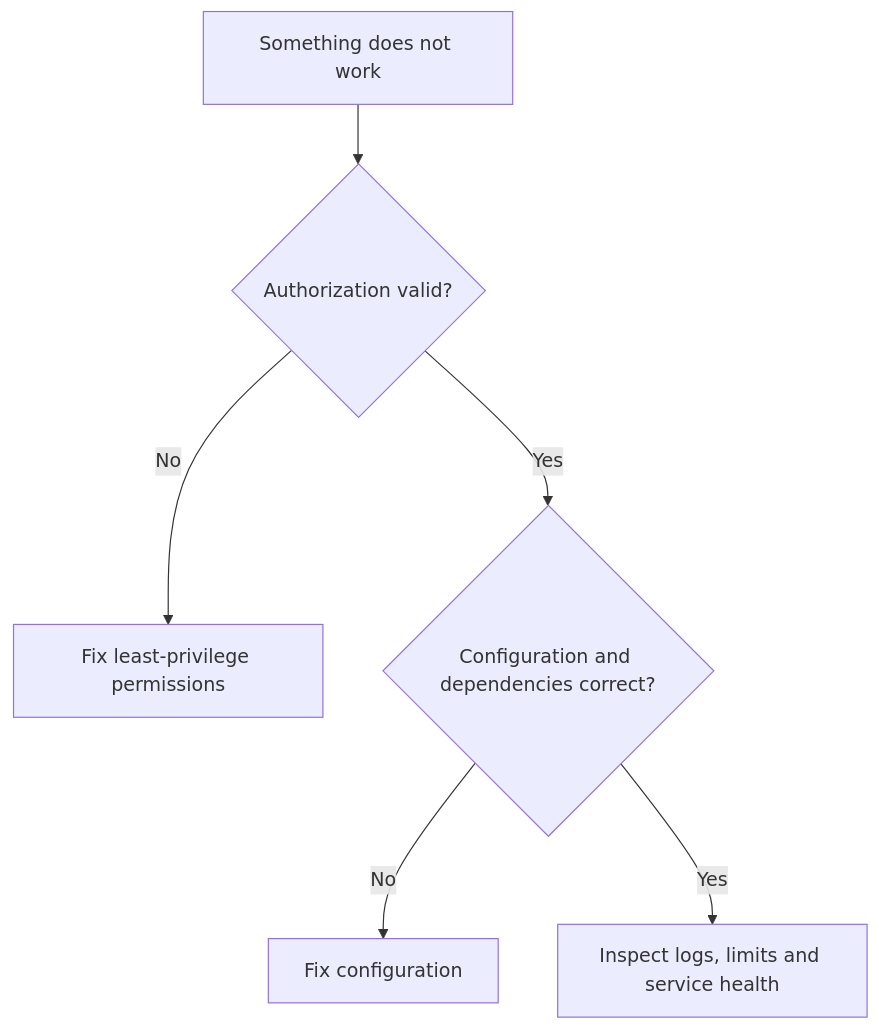
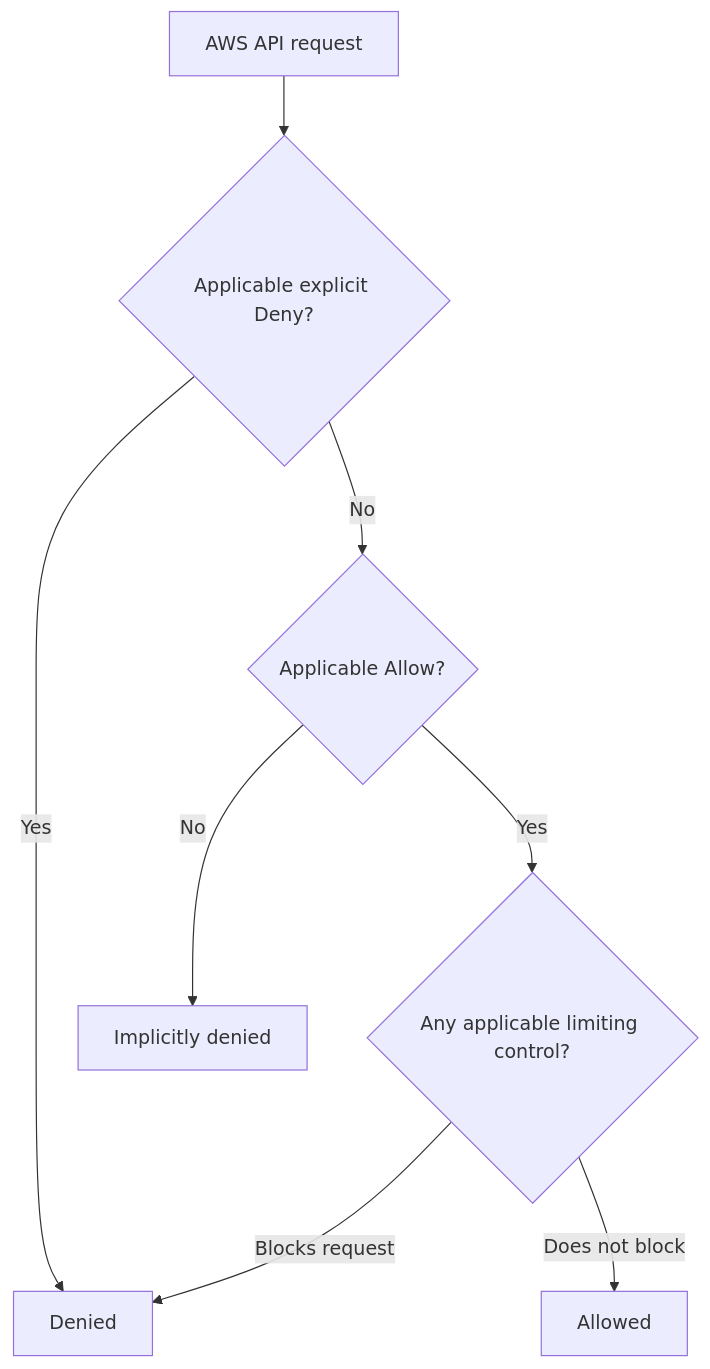
Before and after one commit to jayeshsharma2605/aws-education-notes: the fifth of 7 diagrams in IAM_Policies_and_User_Groups.md, drawn with Mermaid. The commit also changed other lines of this file, not shown here.

````diff
--- a/IAM_Policies_and_User_Groups.md
+++ b/IAM_Policies_and_User_Groups.md
@@ -141,8 +186,10 @@
-```mermaid
+~~~mermaid
 flowchart TD
-  ERROR["Something does not work"] --> AUTH{"Authorization valid?"}
-  AUTH -->|"No"| FIXAUTH["Fix least-privilege permissions"]
-  AUTH -->|"Yes"| CONFIG{"Configuration and dependencies correct?"}
-  CONFIG -->|"No"| FIXCONFIG["Fix configuration"]
-  CONFIG -->|"Yes"| METRICS["Inspect logs, limits and service health"]
-```
+    START["AWS API request"] --> DENY{"Applicable explicit Deny?"}
+    DENY -->|"Yes"| BLOCK["Denied"]
+    DENY -->|"No"| ALLOW{"Applicable Allow?"}
+    ALLOW -->|"No"| IMPLICIT["Implicitly denied"]
+    ALLOW -->|"Yes"| LIMIT{"Any applicable limiting control?"}
+    LIMIT -->|"Blocks request"| BLOCK
+    LIMIT -->|"Does not block"| PERMIT["Allowed"]
+~~~
````
